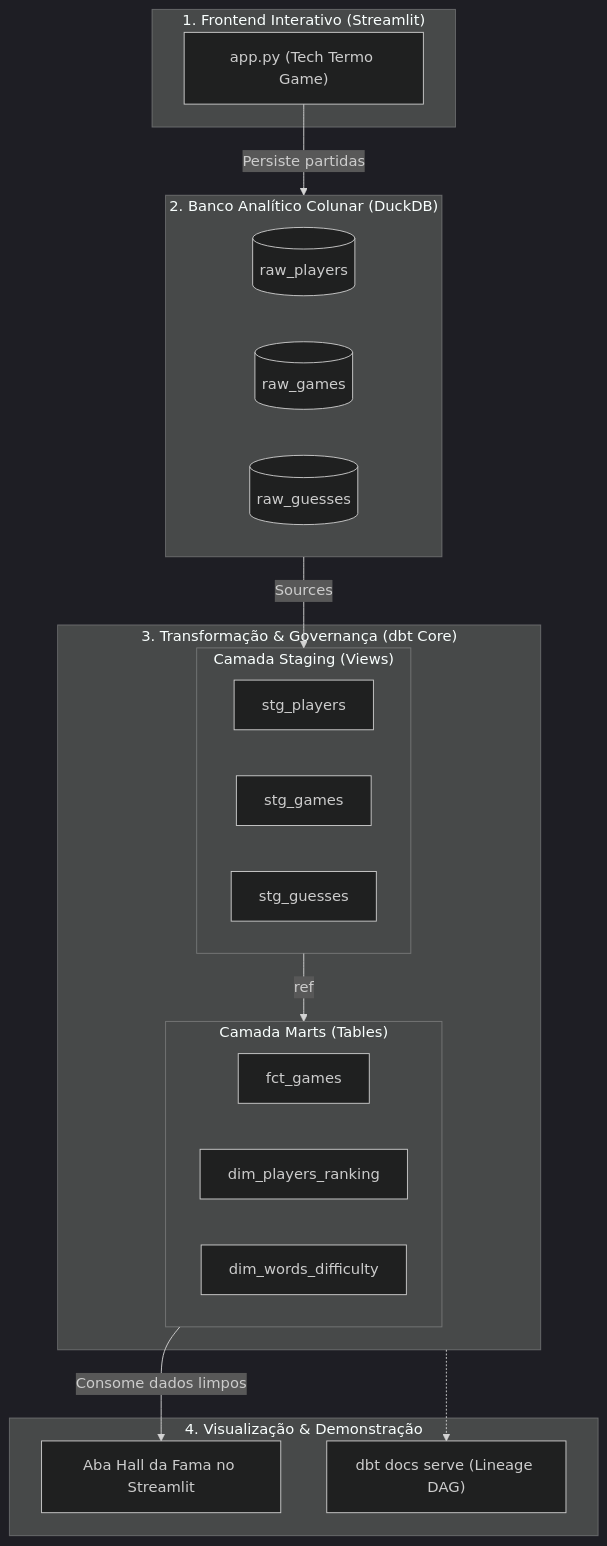
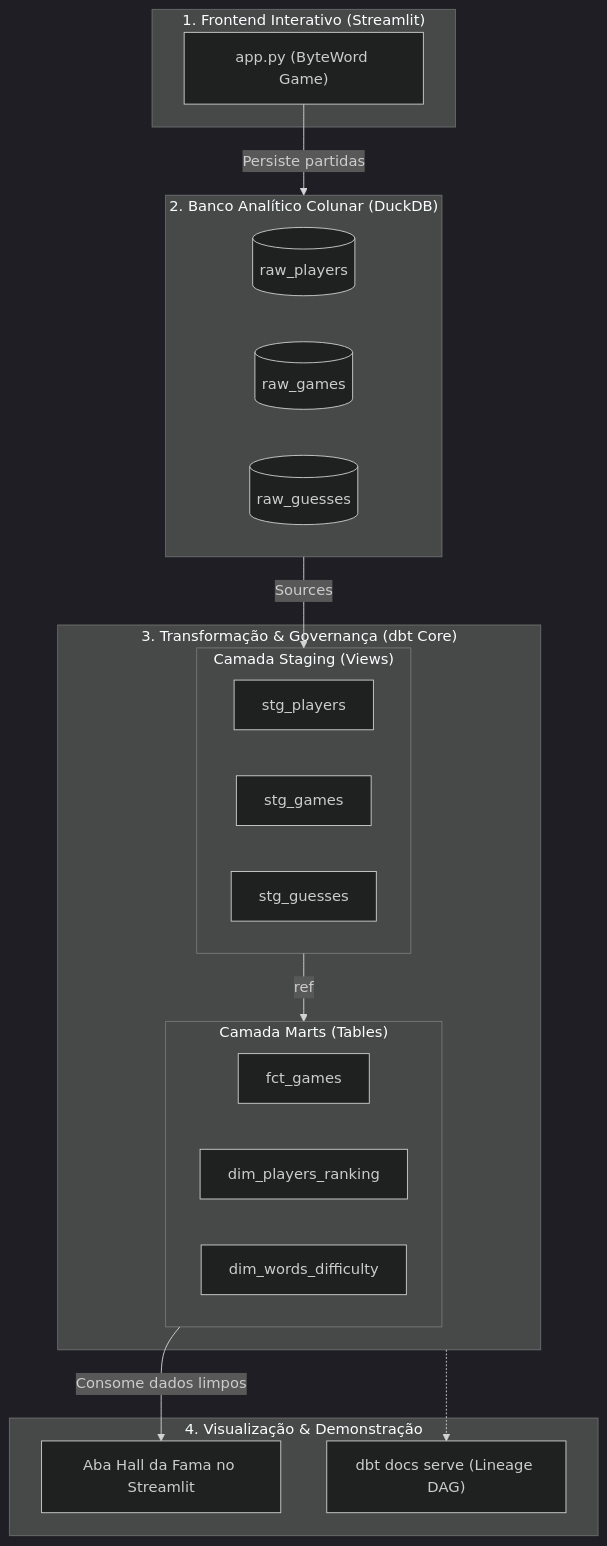
The diagram in README.md (miguelmorandini/byteword), drawn with Mermaid (dark theme) before and after one commit. The commit also changed other lines of this file and 10 other files, not shown here.

````diff
--- a/README.md
+++ b/README.md
@@ -14,36 +14,36 @@
 ```mermaid
 flowchart TD
     subgraph Frontend["1. Frontend Interativo (Streamlit)"]
-        UI["app.py (Tech Termo Game)"]
+        UI["app.py (ByteWord Game)"]
     end
 
     subgraph Storage["2. Banco Analítico Colunar (DuckDB)"]
         RawP[("raw_players")]
         RawG[("raw_games")]
         RawGu[("raw_guesses")]
     end
 
     subgraph dbt["3. Transformação & Governança (dbt Core)"]
         subgraph Staging["Camada Staging (Views)"]
             StgP["stg_players"]
             StgG["stg_games"]
             StgGu["stg_guesses"]
         end
         subgraph Marts["Camada Marts (Tables)"]
             FctG["fct_games"]
             DimP["dim_players_ranking"]
             DimW["dim_words_difficulty"]
         end
     end
 
     subgraph BI["4. Visualização & Demonstração"]
         Leaderboard["Aba Hall da Fama no Streamlit"]
         Docs["dbt docs serve (Lineage DAG)"]
     end
 
     UI -->|Persiste partidas| Storage
     Storage -->|Sources| Staging
     Staging -->|ref| Marts
     Marts -->|Consome dados limpos| Leaderboard
     dbt -.-> Docs
 ```
````
